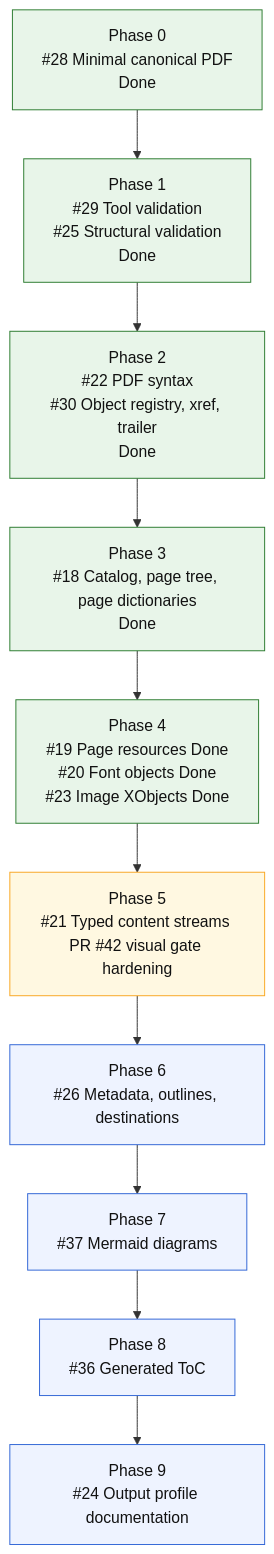
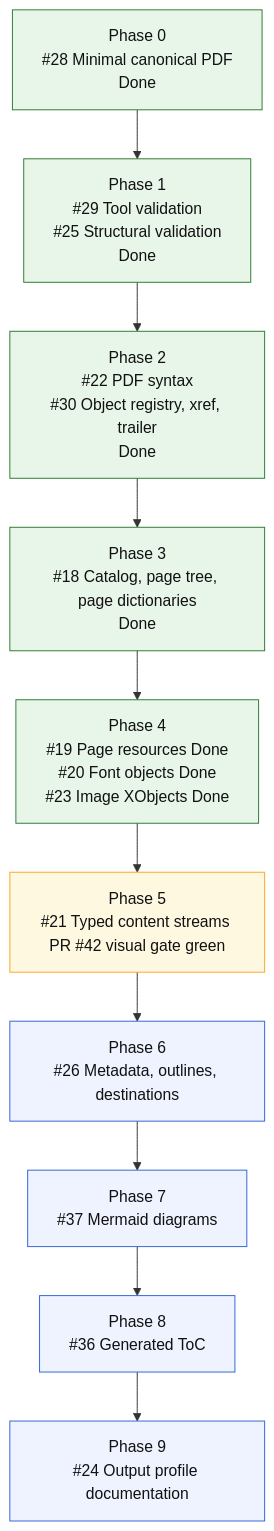
One commit to mihaelamj/MarkdownPDF changed the diagram in README.md. Above: the diagram before and after it, drawn with Mermaid.

Commit message:
docs(readme): mark visual gate green

````diff
--- a/README.md
+++ b/README.md
@@ -126,22 +126,22 @@
 ```mermaid
 flowchart TD
     P0["Phase 0<br/>#28 Minimal canonical PDF<br/>Done"]
     P1["Phase 1<br/>#29 Tool validation<br/>#25 Structural validation<br/>Done"]
     P2["Phase 2<br/>#22 PDF syntax<br/>#30 Object registry, xref, trailer<br/>Done"]
     P3["Phase 3<br/>#18 Catalog, page tree, page dictionaries<br/>Done"]
     P4["Phase 4<br/>#19 Page resources Done<br/>#20 Font objects Done<br/>#23 Image XObjects Done"]
-    P5["Phase 5<br/>#21 Typed content streams PR #42 visual gate hardening"]
+    P5["Phase 5<br/>#21 Typed content streams PR #42 visual gate green"]
     P6["Phase 6<br/>#26 Metadata, outlines, destinations"]
     P7["Phase 7<br/>#37 Mermaid diagrams"]
     P8["Phase 8<br/>#36 Generated ToC"]
     P9["Phase 9<br/>#24 Output profile documentation"]
 
     P0 --> P1 --> P2 --> P3 --> P4 --> P5 --> P6 --> P7 --> P8 --> P9
 
     classDef done fill:#e8f5e9,stroke:#2e7d32,color:#111;
     classDef next fill:#fff8e1,stroke:#f9a825,color:#111;
     classDef todo fill:#eef3ff,stroke:#3367d6,color:#111;
     class P0,P1,P2,P3,P4 done;
     class P5 next;
     class P6,P7,P8,P9 todo;
 ```
````
